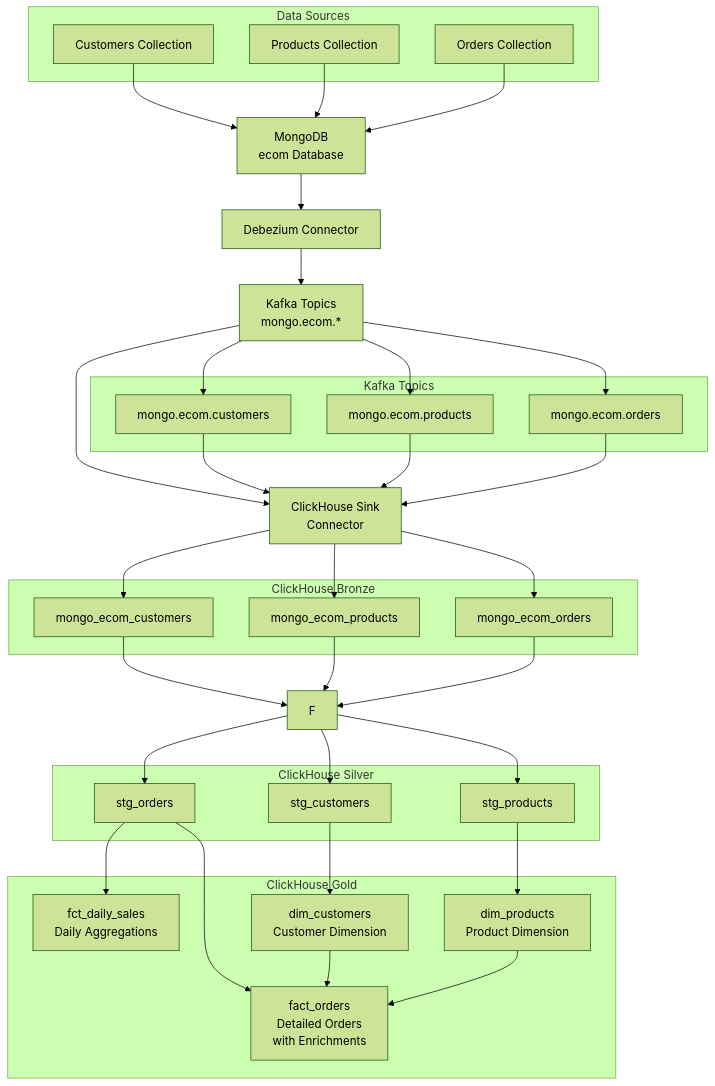
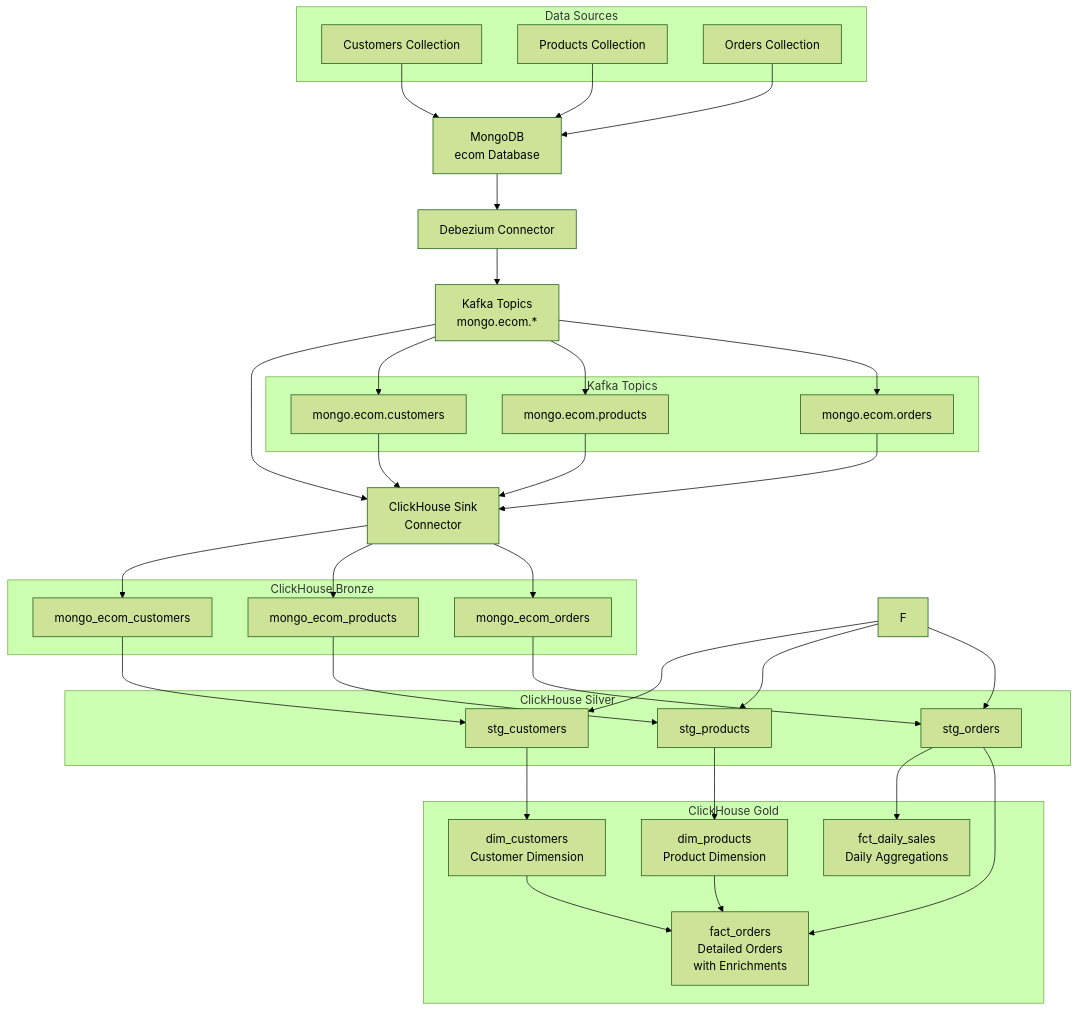
One commit to alponkk/Change-Data-Capture-E-Commerce changed the diagram in README.md. Above: the diagram before and after it, drawn with Mermaid (forest theme).

Commit message:
Update data flow diagram in README to reflect changes in output nodes
- Changed output nodes from F to G1, G2, and G3 for improved clarity in the data flow representation.

````diff
--- a/README.md
+++ b/README.md
@@ -196,68 +196,68 @@
 ```mermaid
 graph TD
     A[MongoDB<br/>ecom Database] --> B[Debezium Connector]
     B --> C[Kafka Topics<br/>mongo.ecom.*]
     C --> D[ClickHouse Sink<br/>Connector]
     
     subgraph "Data Sources"
         A1[Customers Collection]
         A2[Products Collection] 
         A3[Orders Collection]
     end
     
     subgraph "Kafka Topics"
         C1[mongo.ecom.customers]
         C2[mongo.ecom.products]
         C3[mongo.ecom.orders]
     end
     
     subgraph "ClickHouse Bronze"
         E1[mongo_ecom_customers]
         E2[mongo_ecom_products]
         E3[mongo_ecom_orders]
     end
     
     subgraph "ClickHouse Silver"
         G1[stg_customers]
         G2[stg_products]
         G3[stg_orders]
     end
     
     subgraph "ClickHouse Gold"
         H1[fct_daily_sales<br/>Daily Aggregations]
         H2[dim_customers<br/>Customer Dimension]
         H3[dim_products<br/>Product Dimension]
         H4[fact_orders<br/>Detailed Orders<br/>with Enrichments]
     end
     
     A1 --> A
     A2 --> A
     A3 --> A
     
     C --> C1
     C --> C2
     C --> C3
     
     C1 --> D
     C2 --> D
     C3 --> D
     
     D --> E1
     D --> E2
     D --> E3
     
-    E1 --> F
-    E2 --> F
-    E3 --> F
+    E1 --> G1
+    E2 --> G2
+    E3 --> G3
     
     F --> G1
     F --> G2
     F --> G3
     
     G1 --> H2
     G2 --> H3
     G3 --> H1
     G3 --> H4
     H2 --> H4
     H3 --> H4
 ```
````
